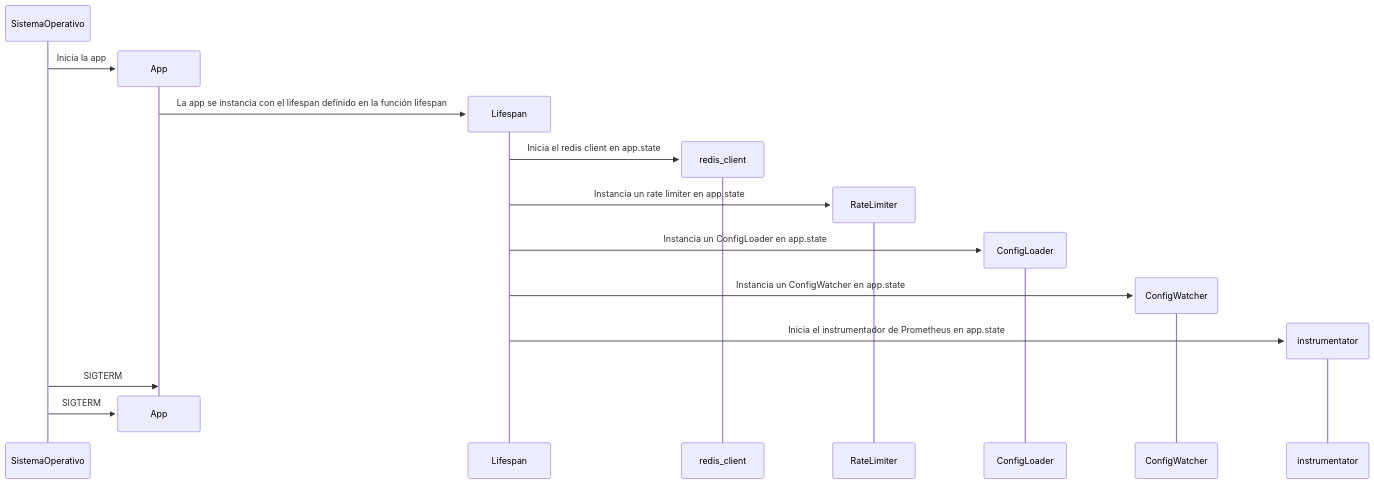
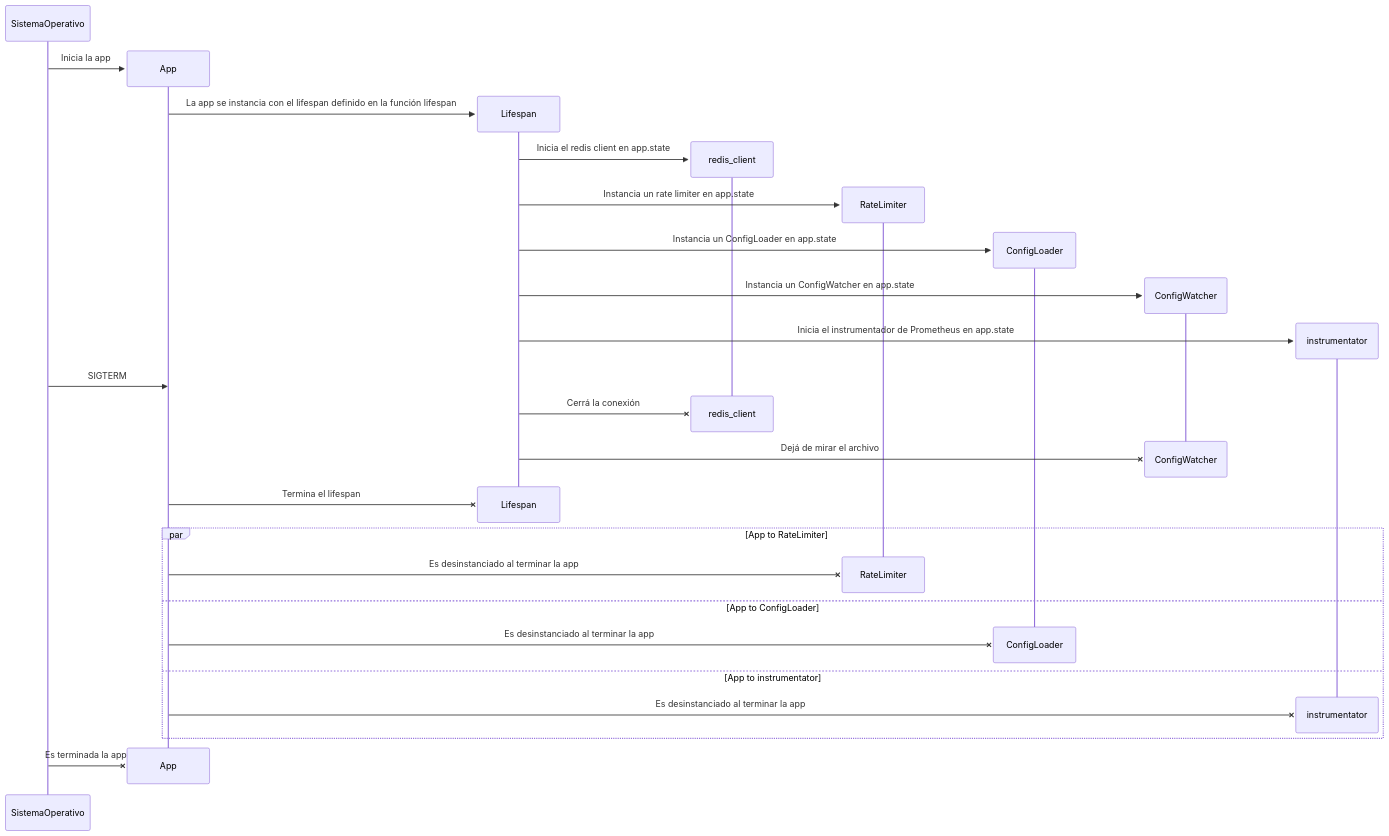
One commit to KrappRamiro/meli-proxy changed the diagram in README.md. Above: the diagram before and after it, drawn with Mermaid.

Commit message:
fix mermaid diagram

````diff
--- a/README.md
+++ b/README.md
@@ -109,27 +109,54 @@
 ```mermaid
 sequenceDiagram
   participant SistemaOperativo
   create participant App
   SistemaOperativo->>App: Inicia la app
   create participant Lifespan
   App->>Lifespan: La app se instancia con el lifespan definido en la función lifespan
   create participant redis_client
   Lifespan->>redis_client: Inicia el redis client en app.state
   create participant RateLimiter
   Lifespan->>RateLimiter: Instancia un rate limiter en app.state
   create participant ConfigLoader
   Lifespan->>ConfigLoader: Instancia un ConfigLoader en app.state
   create participant ConfigWatcher
   Lifespan->>ConfigWatcher: Instancia un ConfigWatcher en app.state
   create participant instrumentator
   Lifespan->>instrumentator: Inicia el instrumentador de Prometheus en app.state
   SistemaOperativo->>App: SIGTERM
+
+  %% Destroy Redis Client
   destroy redis_client
+  Lifespan-xredis_client: Cerrá la conexión
+
+  %% Destroy ConfigWatcher
   destroy ConfigWatcher
+  Lifespan-xConfigWatcher: Dejá de mirar el archivo
+
+  %% Destroy Lifespan
   destroy Lifespan
-  destroy RateLimiter
-  destroy ConfigLoader
-  destroy instrumentator
+  App-xLifespan: Termina el lifespan
+
+  par App to RateLimiter
+    %% Destroy RateLimiter
+    destroy RateLimiter
+    App-xRateLimiter: Es desinstanciado al terminar la app
+
+  and App to ConfigLoader
+
+    %% Destroy ConfigLoader
+    destroy ConfigLoader
+    App-xConfigLoader: Es desinstanciado al terminar la app
+
+  and App to instrumentator
+
+    %% Destroy instrumentator
+    destroy instrumentator
+    App-xinstrumentator :Es desinstanciado al terminar la app
+
+  end
+
+  %% Destroy app
   destroy App
-  SistemaOperativo->>App: SIGTERM
+  SistemaOperativo-xApp: Es terminada la app
 ```
````
